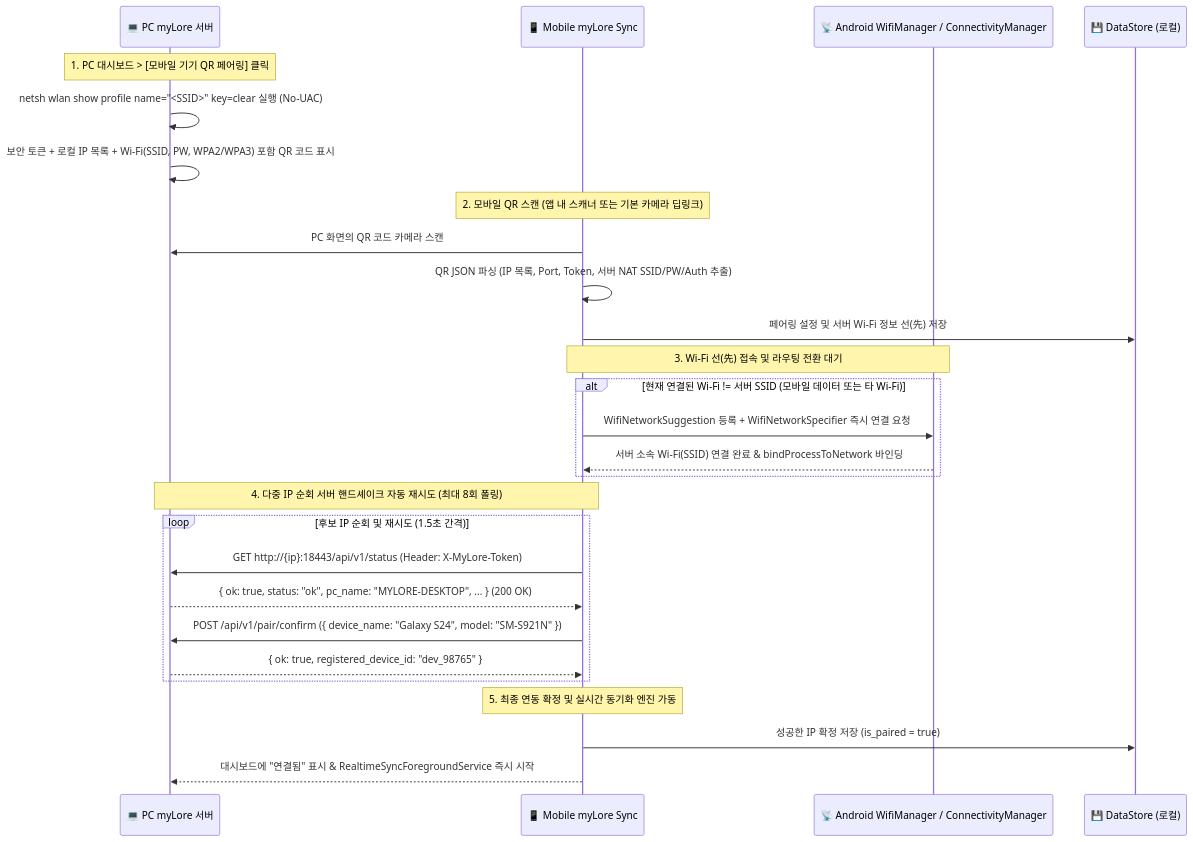
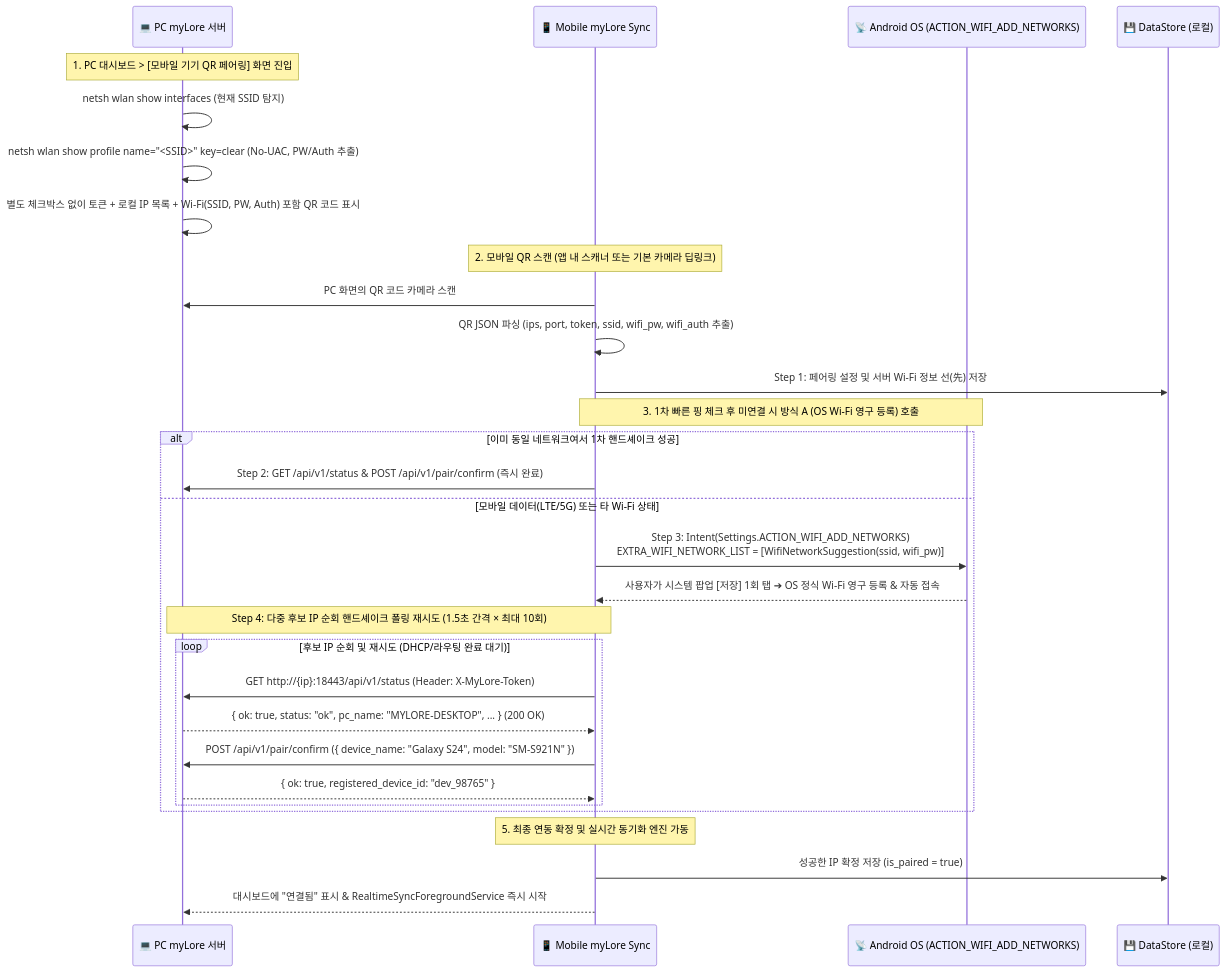
One commit to iseohyun/myLore-Sync changed the diagram in MYLORE_SYNC_SPEC.md. Above: the diagram before and after it, drawn with Mermaid. The commit also changed other lines of this file and 2 other files, not shown here.

Commit message:
feat: ACTION_WIFI_ADD_NETWORKS 영구 Wi-Fi 등록 및 다중 IP 핸드셰이크 폴링 재시도 결합

````diff
--- a/MYLORE_SYNC_SPEC.md
+++ b/MYLORE_SYNC_SPEC.md
@@ -70,34 +83,36 @@
 ```mermaid
 sequenceDiagram
     participant PC as 💻 PC myLore 서버
     participant App as 📱 Mobile myLore Sync
-    participant WiFi as 📡 Android WifiManager / ConnectivityManager
+    participant OS as 📡 Android OS (ACTION_WIFI_ADD_NETWORKS)
     participant DS as 💾 DataStore (로컬)
 
-    Note over PC: 1. PC 대시보드 > [모바일 기기 QR 페어링] 클릭
-    PC->>PC: netsh wlan show profile name="<SSID>" key=clear 실행 (No-UAC)
-    PC->>PC: 보안 토큰 + 로컬 IP 목록 + Wi-Fi(SSID, PW, WPA2/WPA3) 포함 QR 코드 표시
+    Note over PC: 1. PC 대시보드 > [모바일 기기 QR 페어링] 화면 진입
+    PC->>PC: netsh wlan show interfaces (현재 SSID 탐지)
+    PC->>PC: netsh wlan show profile name="<SSID>" key=clear (No-UAC, PW/Auth 추출)
+    PC->>PC: 별도 체크박스 없이 토큰 + 로컬 IP 목록 + Wi-Fi(SSID, PW, Auth) 포함 QR 코드 표시
 
     Note over App: 2. 모바일 QR 스캔 (앱 내 스캐너 또는 기본 카메라 딥링크)
     App->>PC: PC 화면의 QR 코드 카메라 스캔
-    App->>App: QR JSON 파싱 (IP 목록, Port, Token, 서버 NAT SSID/PW/Auth 추출)
-    App->>DS: 페어링 설정 및 서버 Wi-Fi 정보 선(先) 저장
+    App->>App: QR JSON 파싱 (ips, port, token, ssid, wifi_pw, wifi_auth 추출)
+    App->>DS: Step 1: 페어링 설정 및 서버 Wi-Fi 정보 선(先) 저장
 
-    Note over App,WiFi: 3. Wi-Fi 선(先) 접속 및 라우팅 전환 대기
-    alt 현재 연결된 Wi-Fi != 서버 SSID (모바일 데이터 또는 타 Wi-Fi)
-        App->>WiFi: WifiNetworkSuggestion 등록 + WifiNetworkSpecifier 즉시 연결 요청
-        WiFi-->>App: 서버 소속 Wi-Fi(SSID) 연결 완료 & bindProcessToNetwork 바인딩
-    end
-
-    Note over App,PC: 4. 다중 IP 순회 서버 핸드셰이크 자동 재시도 (최대 8회 폴링)
-    loop 후보 IP 순회 및 재시도 (1.5초 간격)
-        App->>PC: GET http://{ip}:18443/api/v1/status (Header: X-MyLore-Token)
-        PC-->>App: { ok: true, status: "ok", pc_name: "MYLORE-DESKTOP", ... } (200 OK)
-        App->>PC: POST /api/v1/pair/confirm ({ device_name: "Galaxy S24", model: "SM-S921N" })
-        PC-->>App: { ok: true, registered_device_id: "dev_98765" }
+    Note over App,OS: 3. 1차 빠른 핑 체크 후 미연결 시 방식 A (OS Wi-Fi 영구 등록) 호출
+    alt 이미 동일 네트워크여서 1차 핸드셰이크 성공
+        App->>PC: Step 2: GET /api/v1/status & POST /api/v1/pair/confirm (즉시 완료)
+    else 모바일 데이터(LTE/5G) 또는 타 Wi-Fi 상태
+        App->>OS: Step 3: Intent(Settings.ACTION_WIFI_ADD_NETWORKS)<br/>EXTRA_WIFI_NETWORK_LIST = [WifiNetworkSuggestion(ssid, wifi_pw)]
+        OS-->>App: 사용자가 시스템 팝업 [저장] 1회 탭 ➔ OS 정식 Wi-Fi 영구 등록 & 자동 접속
+        Note over App,PC: Step 4: 다중 후보 IP 순회 핸드셰이크 폴링 재시도 (1.5초 간격 × 최대 10회)
+        loop 후보 IP 순회 및 재시도 (DHCP/라우팅 완료 대기)
+            App->>PC: GET http://{ip}:18443/api/v1/status (Header: X-MyLore-Token)
+            PC-->>App: { ok: true, status: "ok", pc_name: "MYLORE-DESKTOP", ... } (200 OK)
+            App->>PC: POST /api/v1/pair/confirm ({ device_name: "Galaxy S24", model: "SM-S921N" })
+            PC-->>App: { ok: true, registered_device_id: "dev_98765" }
+        end
     end
 
     Note over App: 5. 최종 연동 확정 및 실시간 동기화 엔진 가동
     App->>DS: 성공한 IP 확정 저장 (is_paired = true)
     App-->>PC: 대시보드에 "연결됨" 표시 & RealtimeSyncForegroundService 즉시 시작
 ```
````
